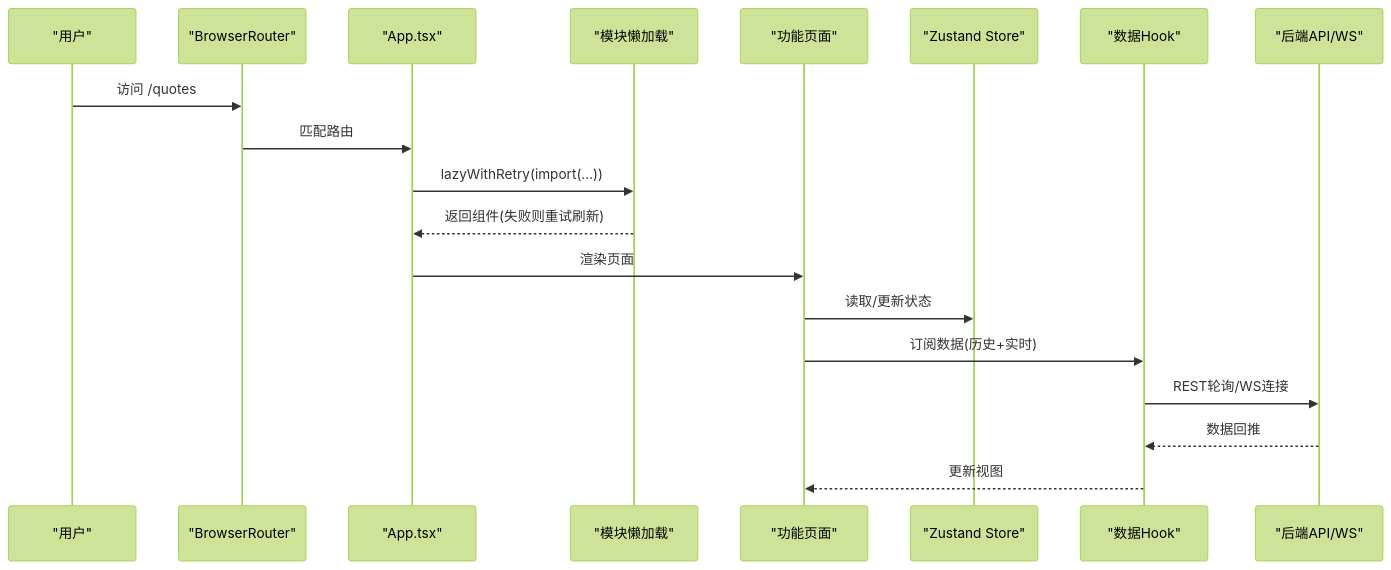
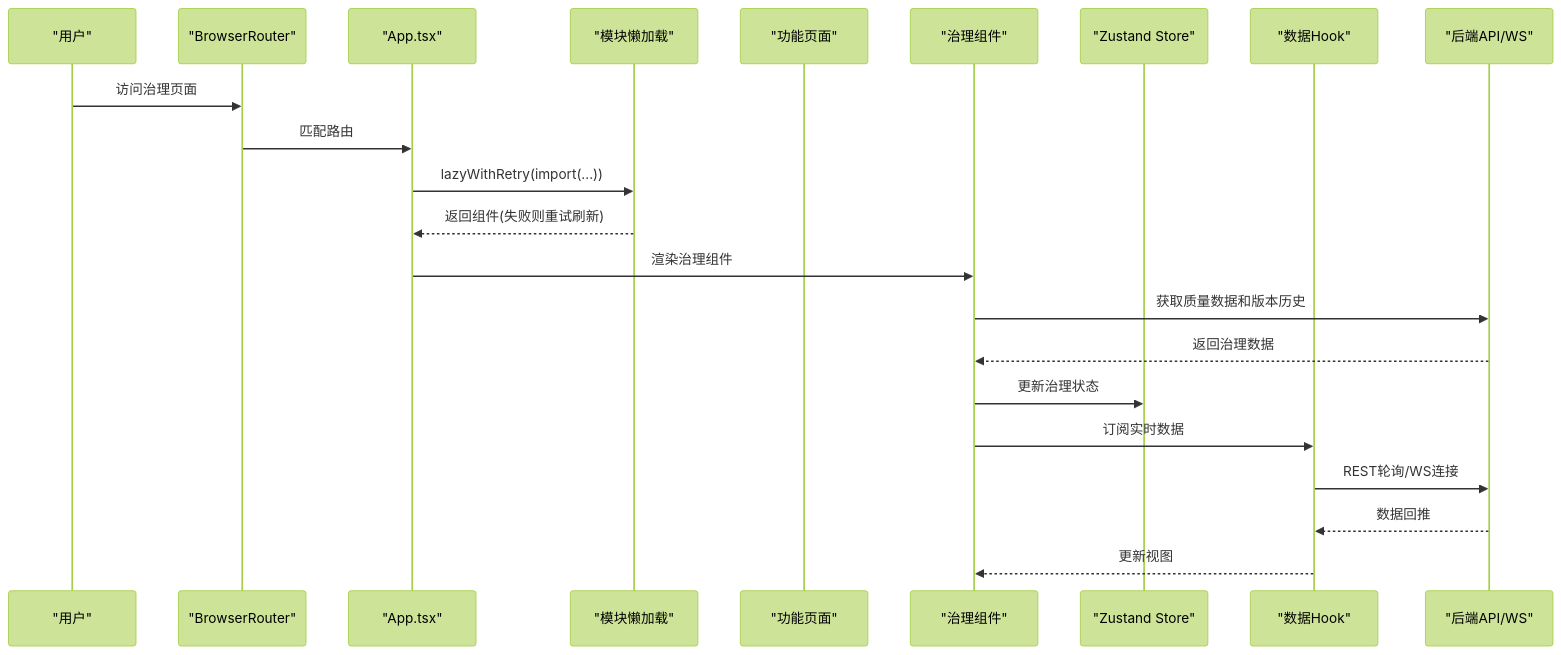
Before and after one commit to songlinhe5-lab/quant_agent: the second of 11 diagrams in .qoder/repowiki/zh/content/前端开发指南/前端开发指南.md, drawn with Mermaid (forest theme). The commit also changed other lines of this file and 294 other files, not shown here.

````diff
--- a/.qoder/repowiki/zh/content/前端开发指南/前端开发指南.md
+++ b/.qoder/repowiki/zh/content/前端开发指南/前端开发指南.md
@@ -98,21 +127,24 @@
 ```mermaid
 sequenceDiagram
 participant U as "用户"
 participant R as "BrowserRouter"
 participant A as "App.tsx"
 participant M as "模块懒加载"
 participant P as "功能页面"
+participant G as "治理组件"
 participant S as "Zustand Store"
 participant H as "数据Hook"
 participant BE as "后端API/WS"
-U->>R : 访问 /quotes
+U->>R : 访问治理页面
 R->>A : 匹配路由
 A->>M : lazyWithRetry(import(...))
 M-->>A : 返回组件(失败则重试刷新)
-A->>P : 渲染页面
-P->>S : 读取/更新状态
-P->>H : 订阅数据(历史+实时)
+A->>G : 渲染治理组件
+G->>BE : 获取质量数据和版本历史
+BE-->>G : 返回治理数据
+G->>S : 更新治理状态
+G->>H : 订阅实时数据
 H->>BE : REST轮询/WS连接
 BE-->>H : 数据回推
-H-->>P : 更新视图
+H-->>G : 更新视图
 ```
````
